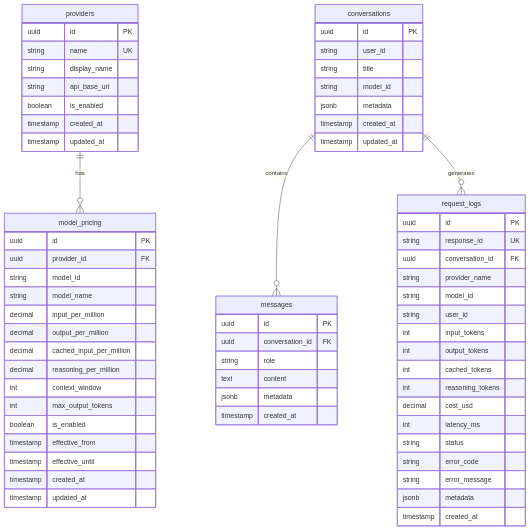
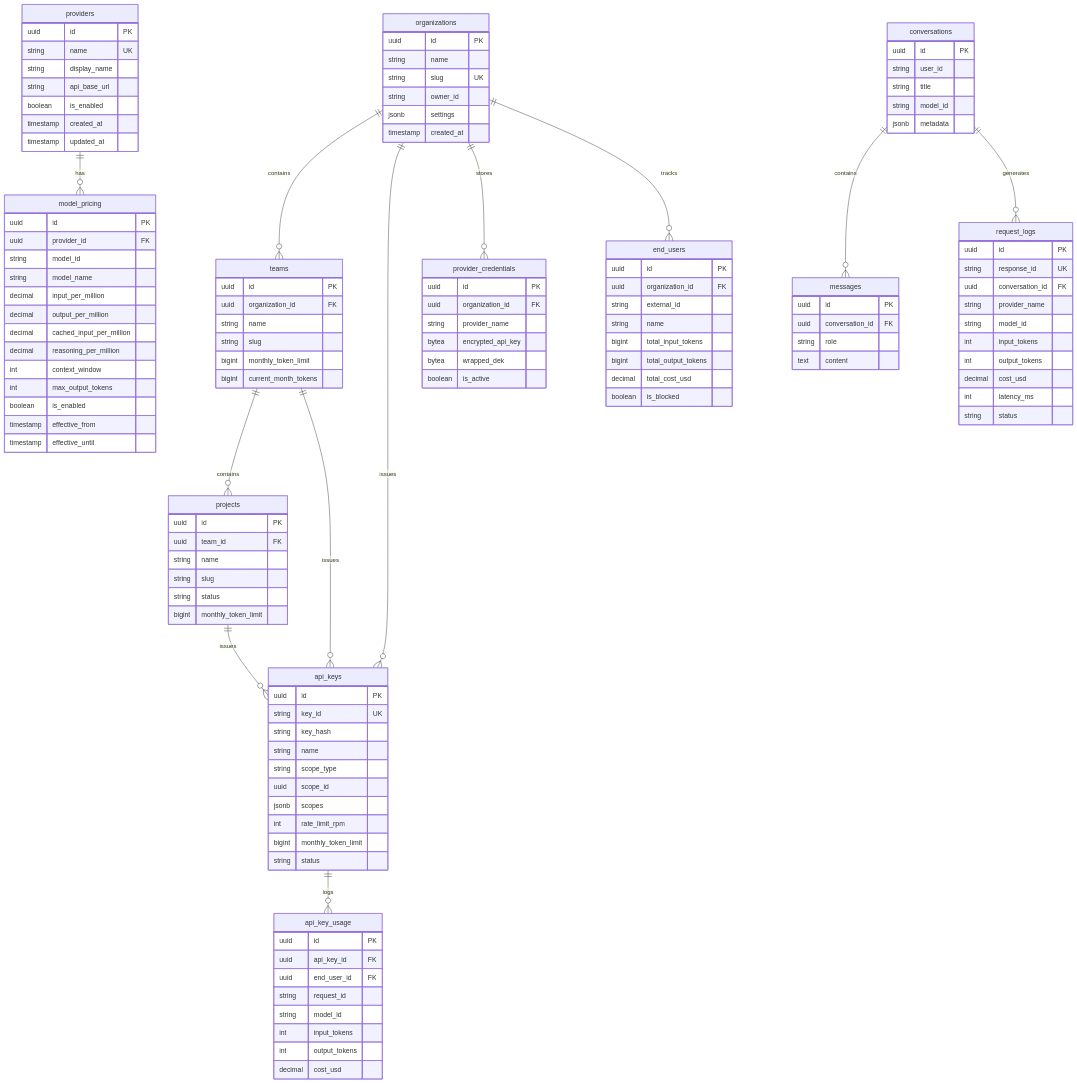
One commit to UmaiTech/aura-llm-gateway changed the eighth of 13 diagrams in docs/architecture.md. Above: the diagram before and after it, drawn with Mermaid. The commit also changed other lines of this file and 10 other files, not shown here.

````diff
--- a/docs/architecture.md
+++ b/docs/architecture.md
@@ -219,28 +275,85 @@
         boolean is_enabled
         timestamp effective_from
         timestamp effective_until
-        timestamp created_at
-        timestamp updated_at
     }
 
-    request_logs {
+    organizations ||--o{ teams : contains
+    organizations ||--o{ api_keys : issues
+    organizations ||--o{ provider_credentials : stores
+    organizations ||--o{ end_users : tracks
+    organizations {
         uuid id PK
-        string response_id UK
-        uuid conversation_id FK
-        string provider_name
+        string name
+        string slug UK
+        string owner_id
+        jsonb settings
+        timestamp created_at
+    }
+
+    teams ||--o{ projects : contains
+    teams ||--o{ api_keys : issues
+    teams {
+        uuid id PK
+        uuid organization_id FK
+        string name
+        string slug
+        bigint monthly_token_limit
+        bigint current_month_tokens
+    }
+
+    projects ||--o{ api_keys : issues
+    projects {
+        uuid id PK
+        uuid team_id FK
+        string name
+        string slug
+        string status
+        bigint monthly_token_limit
+    }
+
+    api_keys ||--o{ api_key_usage : logs
+    api_keys {
+        uuid id PK
+        string key_id UK
+        string key_hash
+        string name
+        string scope_type
+        uuid scope_id
+        jsonb scopes
+        int rate_limit_rpm
+        bigint monthly_token_limit
+        string status
+    }
+
+    api_key_usage {
+        uuid id PK
+        uuid api_key_id FK
+        uuid end_user_id FK
+        string request_id
         string model_id
-        string user_id
         int input_tokens
         int output_tokens
-        int cached_tokens
-        int reasoning_tokens
         decimal cost_usd
-        int latency_ms
-        string status
-        string error_code
-        string error_message
-        jsonb metadata
-        timestamp created_at
+    }
+
+    end_users {
+        uuid id PK
+        uuid organization_id FK
+        string external_id
+        string name
+        bigint total_input_tokens
+        bigint total_output_tokens
+        decimal total_cost_usd
+        boolean is_blocked
+    }
+
+    provider_credentials {
+        uuid id PK
+        uuid organization_id FK
+        string provider_name
+        bytea encrypted_api_key
+        bytea wrapped_dek
+        boolean is_active
     }
 
     conversations ||--o{ messages : contains
@@ -251,8 +364,6 @@
         string title
         string model_id
         jsonb metadata
-        timestamp created_at
-        timestamp updated_at
     }
 
     messages {
@@ -260,7 +371,18 @@
         uuid conversation_id FK
         string role
         text content
-        jsonb metadata
-        timestamp created_at
+    }
+
+    request_logs {
+        uuid id PK
+        string response_id UK
+        uuid conversation_id FK
+        string provider_name
+        string model_id
+        int input_tokens
+        int output_tokens
+        decimal cost_usd
+        int latency_ms
+        string status
     }
 ```
````
